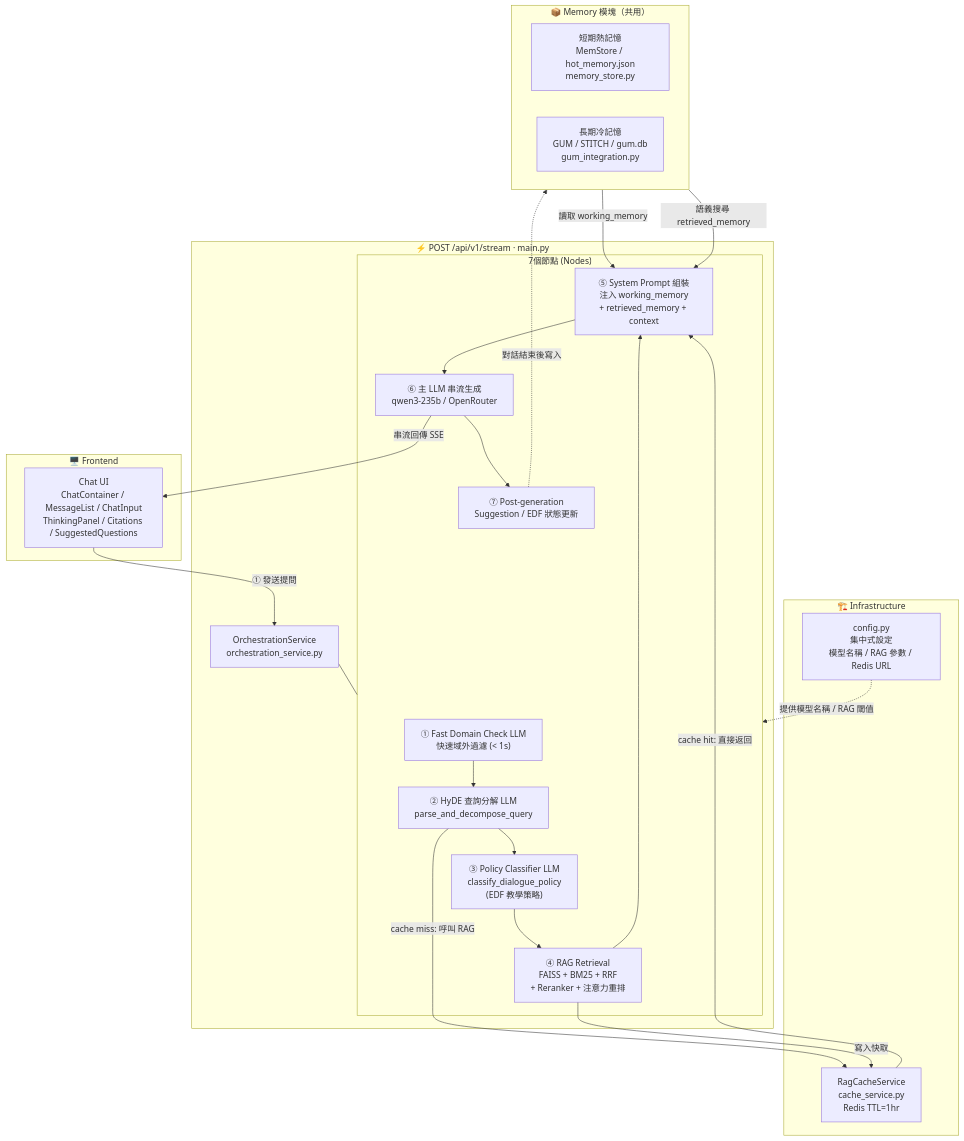
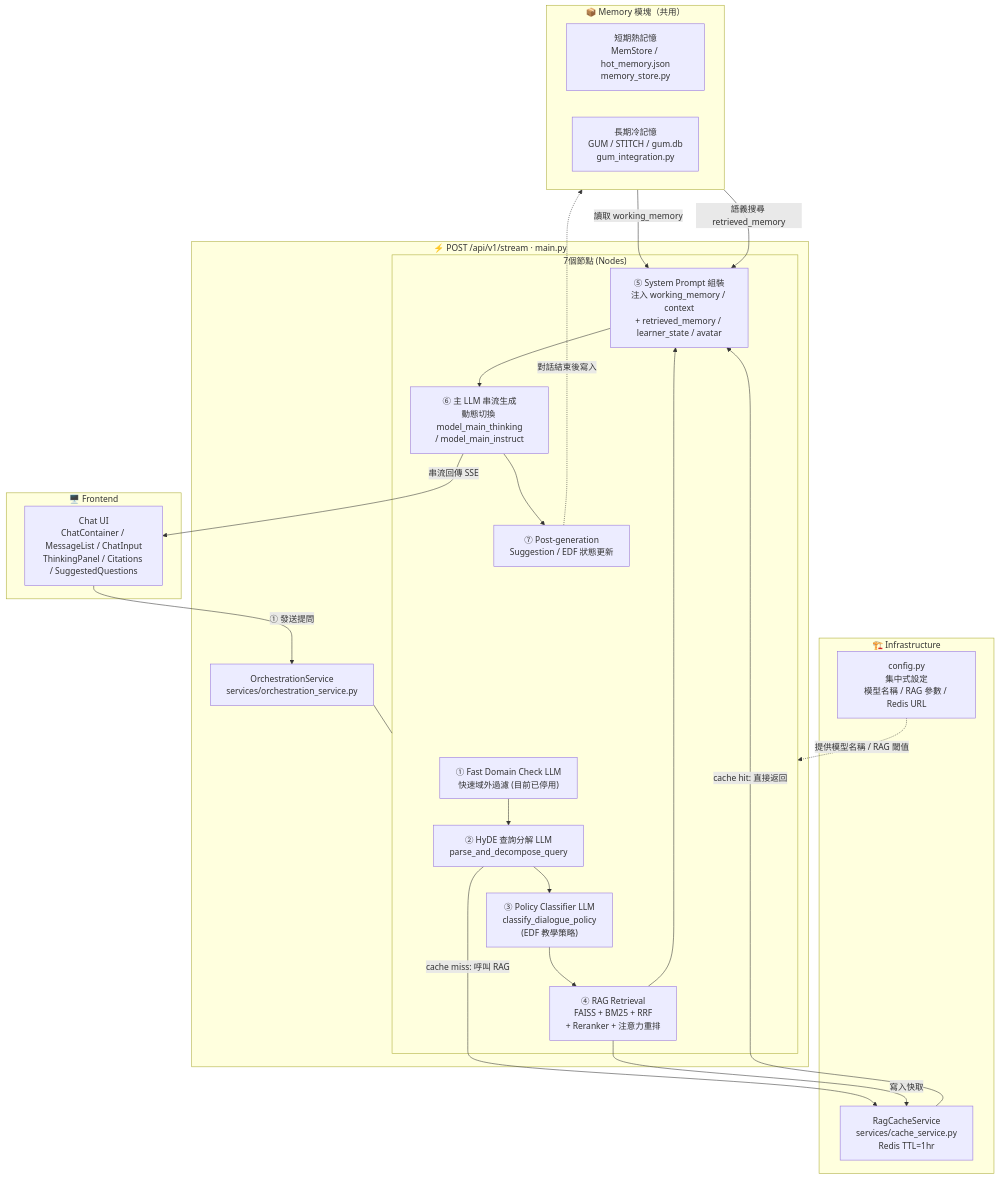
Before and after one commit to CongJie-Pan/AREQA: the first of 2 diagrams in README.md, drawn with Mermaid. The commit also changed other lines of this file and 6 other files, not shown here.

````diff
--- a/README.md
+++ b/README.md
@@ -16,43 +16,43 @@
 ```mermaid
 flowchart TD
     subgraph FE_A ["🖥️ Frontend"]
         UI_Chat["Chat UI\nChatContainer / MessageList / ChatInput\nThinkingPanel / Citations / SuggestedQuestions"]
     end
 
     subgraph INFRA ["🏗️ Infrastructure"]
         Config["config.py\n集中式設定\n模型名稱 / RAG 參數 / Redis URL"]
-        RedisCache["RagCacheService\ncache_service.py\nRedis TTL=1hr"]
+        RedisCache["RagCacheService\nservices/cache_service.py\nRedis TTL=1hr"]
     end
 
     subgraph MEM ["📦 Memory 模塊（共用）"]
         direction LR
         HotMem["短期熱記憶\nMemStore / hot_memory.json\nmemory_store.py"]
         ColdMem["長期冷記憶\nGUM / STITCH / gum.db\ngum_integration.py"]
     end
 
     subgraph API_A ["⚡ POST /api/v1/stream  ·  main.py"]
-        Orchestrator["OrchestrationService\norchestration_service.py"]
+        Orchestrator["OrchestrationService\nservices/orchestration_service.py"]
 
         subgraph ORCH_NODES ["7個節點 (Nodes)"]
-            N1["① Fast Domain Check LLM\n快速域外過濾 (< 1s)"]
+            N1["① Fast Domain Check LLM\n快速域外過濾 (目前已停用)"]
             N2["② HyDE 查詢分解 LLM\nparse_and_decompose_query"]
             N3["③ Policy Classifier LLM\nclassify_dialogue_policy\n(EDF 教學策略)"]
             N4["④ RAG Retrieval\nFAISS + BM25 + RRF\n+ Reranker + 注意力重排"]
-            N5["⑤ System Prompt 組裝\n注入 working_memory\n+ retrieved_memory + context"]
-            N6["⑥ 主 LLM 串流生成\nqwen3-235b / OpenRouter"]
+            N5["⑤ System Prompt 組裝\n注入 working_memory / context\n+ retrieved_memory / learner_state / avatar"]
+            N6["⑥ 主 LLM 串流生成\n動態切換 model_main_thinking\n/ model_main_instruct"]
             N7["⑦ Post-generation\nSuggestion / EDF 狀態更新"]
             N1 --> N2 --> N3 --> N4 --> N5 --> N6 --> N7
         end
     end
 
     UI_Chat -->|"① 發送提問"| Orchestrator
     Orchestrator --- ORCH_NODES
     N2 -->|"cache miss: 呼叫 RAG"| RedisCache
     RedisCache -->|"cache hit: 直接返回"| N5
     N4 -->|"寫入快取"| RedisCache
     HotMem -->|"讀取 working_memory"| N5
     ColdMem -->|"語義搜尋 retrieved_memory"| N5
     N6 -->|"串流回傳 SSE"| UI_Chat
     N7 -.->|"對話結束後寫入"| ColdMem
     Config -.->|"提供模型名稱 / RAG 閾值"| ORCH_NODES
 ```
````
